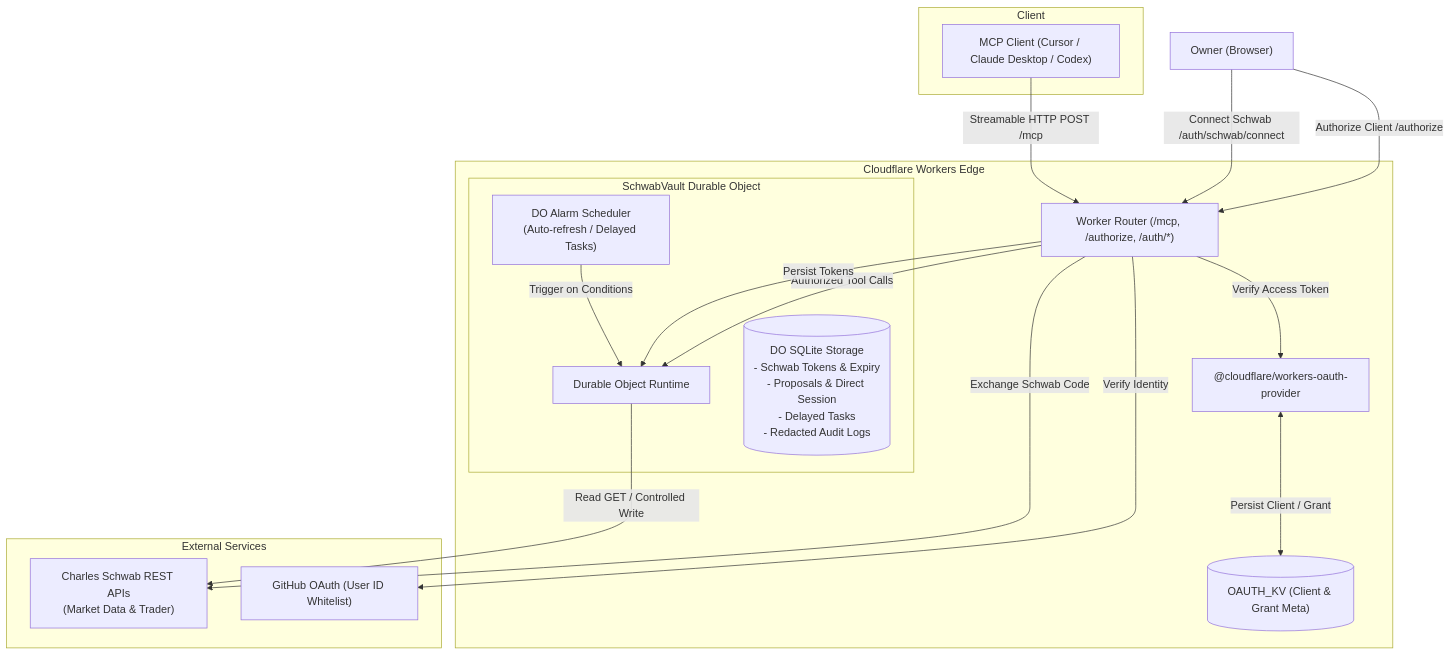
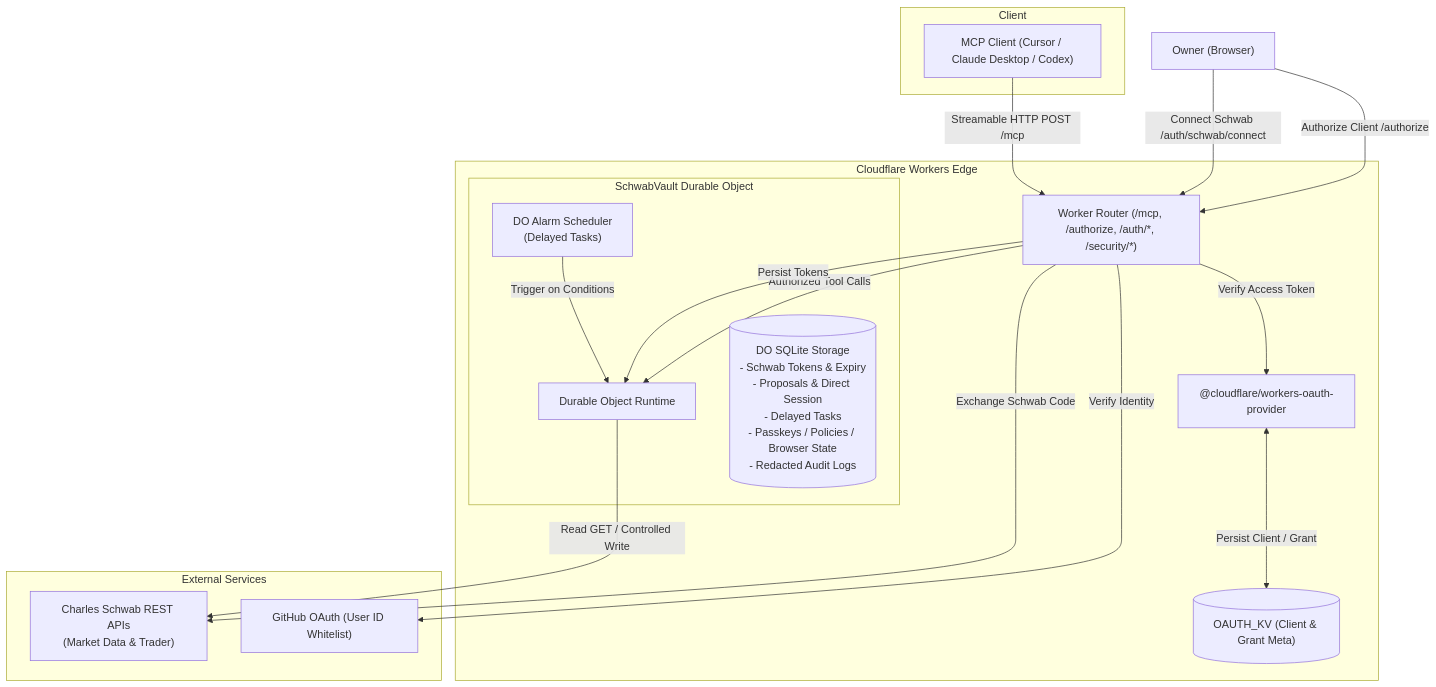
Before and after one commit to chensirui2008/schwab-mcp: the diagram in README.md, drawn with Mermaid. The commit also changed other lines of this file and 21 other files, not shown here.

````diff
--- a/README.md
+++ b/README.md
@@ -63,36 +63,36 @@
 ```mermaid
 flowchart TD
   subgraph ClientSide ["Client"]
     Client["MCP Client (Cursor / Claude Desktop / Codex)"]
   end
 
   subgraph CloudflareEdge ["Cloudflare Workers Edge"]
-    Router["Worker Router (/mcp, /authorize, /auth/*)"]
+    Router["Worker Router (/mcp, /authorize, /auth/*, /security/*)"]
     OAuthProvider["@cloudflare/workers-oauth-provider"]
     KV[("OAUTH_KV (Client & Grant Meta)")]
     
     subgraph StorageDO ["SchwabVault Durable Object"]
       DO["Durable Object Runtime"]
-      SQLite[("DO SQLite Storage\n- Schwab Tokens & Expiry\n- Proposals & Direct Session\n- Delayed Tasks\n- Redacted Audit Logs")]
-      Alarm["DO Alarm Scheduler\n(Auto-refresh / Delayed Tasks)"]
+      SQLite[("DO SQLite Storage\n- Schwab Tokens & Expiry\n- Proposals & Direct Session\n- Delayed Tasks\n- Passkeys / Policies / Browser State\n- Redacted Audit Logs")]
+      Alarm["DO Alarm Scheduler\n(Delayed Tasks)"]
     end
   end
 
   subgraph Upstream ["External Services"]
     GitHub["GitHub OAuth (User ID Whitelist)"]
     SchwabAPI["Charles Schwab REST APIs\n(Market Data & Trader)"]
   end
 
   Client -->|Streamable HTTP POST /mcp| Router
   Router -->|Verify Access Token| OAuthProvider
   OAuthProvider <-->|Persist Client / Grant| KV
   Router -->|Authorized Tool Calls| DO
   DO -->|Read GET / Controlled Write| SchwabAPI
   Alarm -->|Trigger on Conditions| DO
 
   User["Owner (Browser)"] -->|Authorize Client /authorize| Router
   Router -->|Verify Identity| GitHub
   User -->|Connect Schwab /auth/schwab/connect| Router
   Router -->|Exchange Schwab Code| SchwabAPI
   Router -->|Persist Tokens| DO
 ```
````
